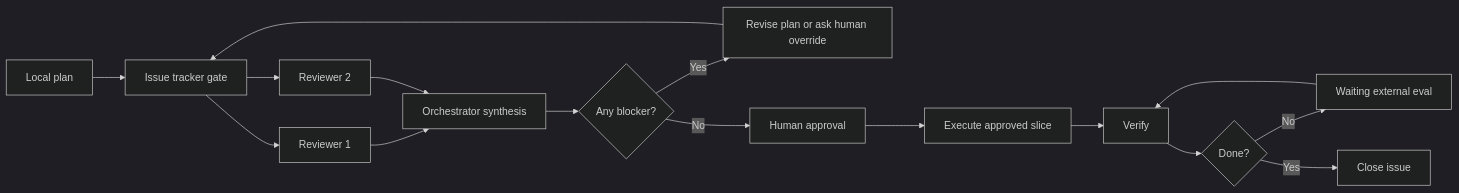
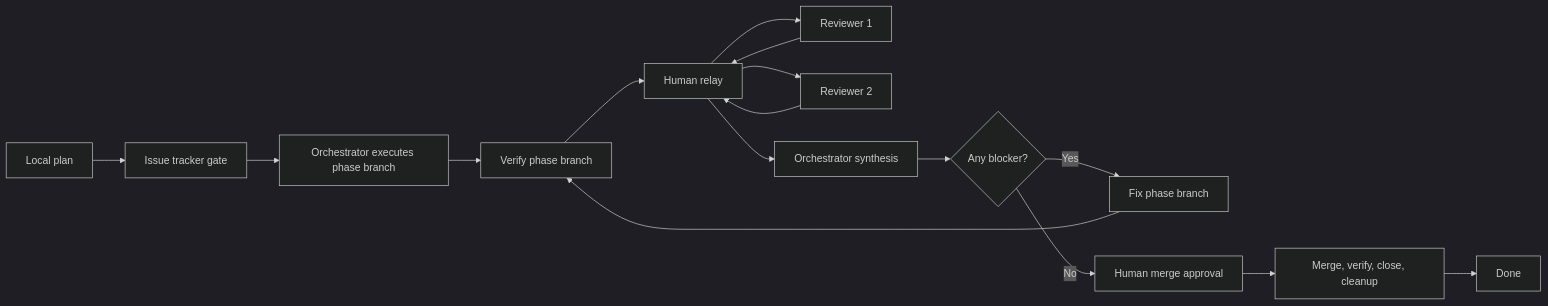
One commit to nickzren/four-eyes changed the diagram in README.md. Above: the diagram before and after it, drawn with Mermaid (dark theme). The commit also changed other lines of this file and 9 other files, not shown here.

Commit message:
docs(workflow): Make manual-first phase branch workflow default

````diff
--- a/README.md
+++ b/README.md
@@ -18,18 +37,18 @@
 ```mermaid
 flowchart LR
     Plan["Local plan"] --> Issue["Issue tracker gate"]
-    Issue --> R1["Reviewer 1"]
-    Issue --> R2["Reviewer 2"]
-    R1 --> Synth["Orchestrator synthesis"]
-    R2 --> Synth
+    Issue --> Work["Orchestrator executes phase branch"]
+    Work --> Verify["Verify phase branch"]
+    Verify --> Relay["Human relay"]
+    Relay --> R1["Reviewer 1"]
+    Relay --> R2["Reviewer 2"]
+    R1 --> Relay
+    R2 --> Relay
+    Relay --> Synth["Orchestrator synthesis"]
     Synth --> Decision{"Any blocker?"}
-    Decision -->|Yes| Revise["Revise plan or ask human override"]
-    Revise --> Issue
-    Decision -->|No| Approve["Human approval"]
-    Approve --> Execute["Execute approved slice"]
-    Execute --> Verify["Verify"]
-    Verify --> Close{"Done?"}
-    Close -->|No| Wait["Waiting external eval"]
-    Wait --> Verify
-    Close -->|Yes| Done["Close issue"]
+    Decision -->|Yes| Fix["Fix phase branch"]
+    Fix --> Verify
+    Decision -->|No| Approve["Human merge approval"]
+    Approve --> Merge["Merge, verify, close, cleanup"]
+    Merge --> Done["Done"]
 ```
````
